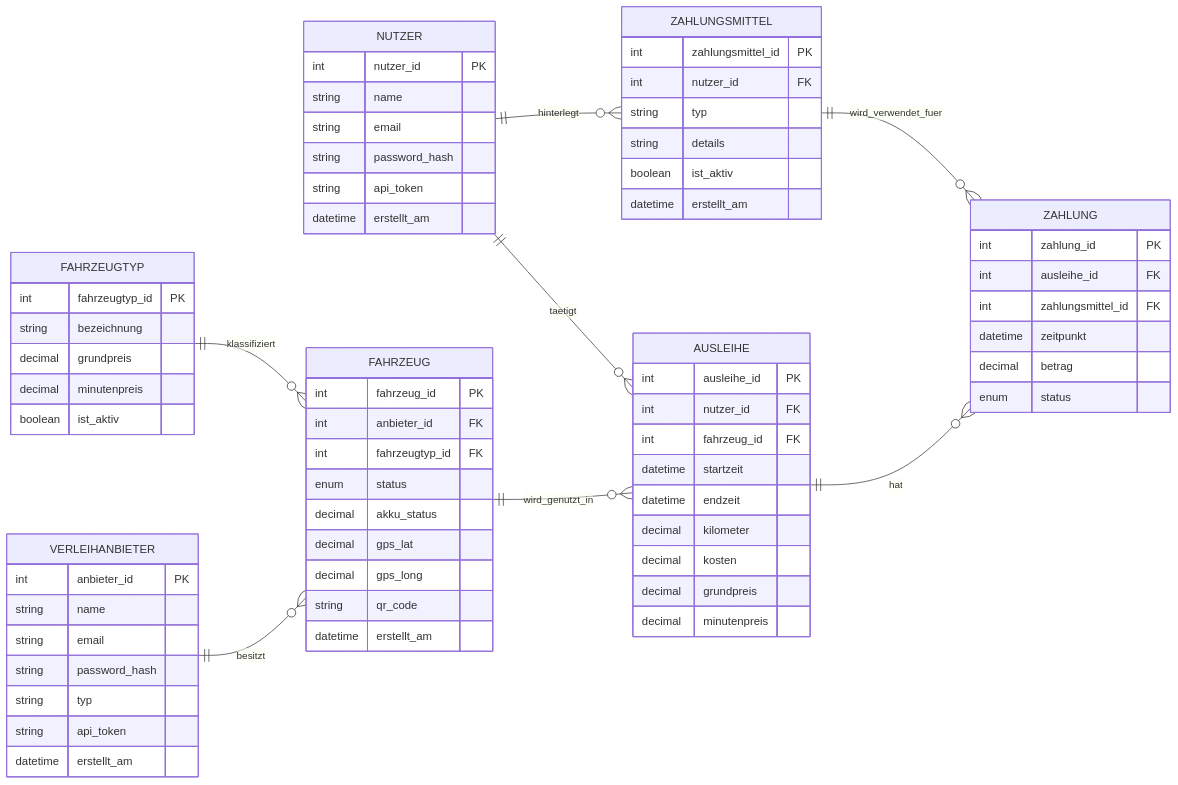
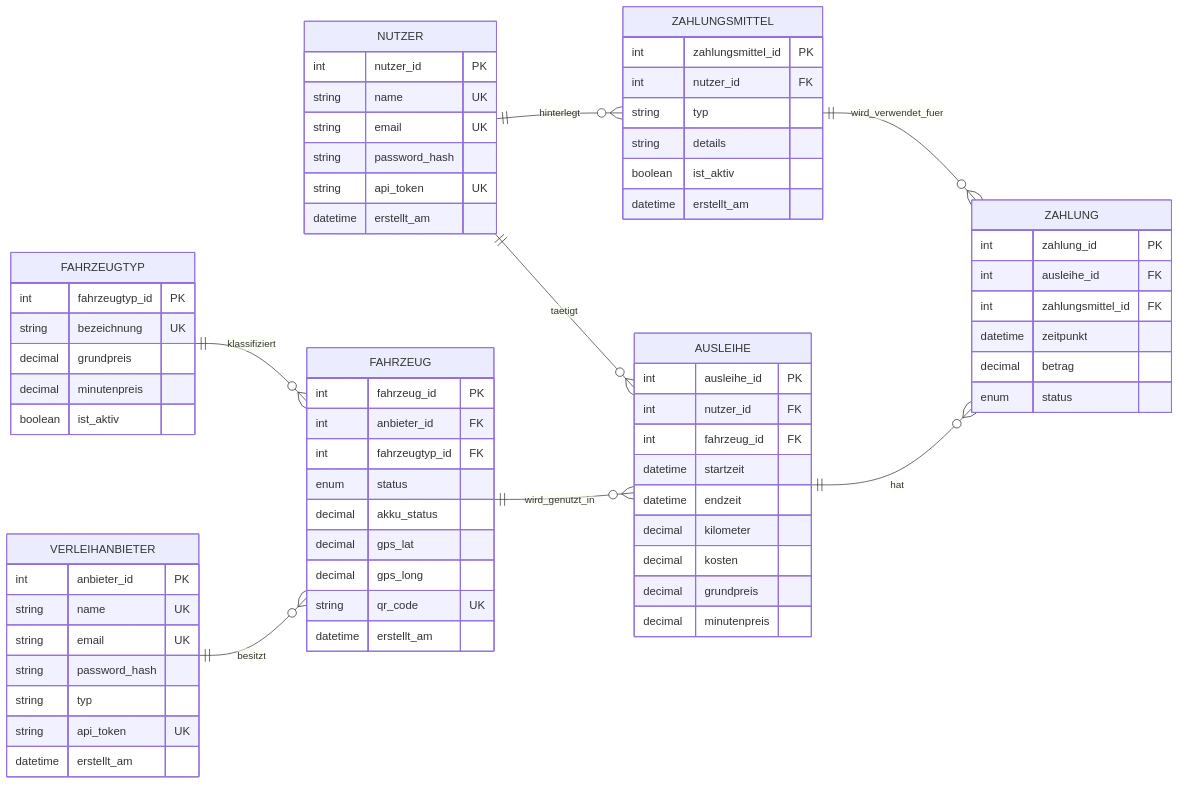
One commit to arno4000/scootcity changed the diagram in erm.mmd. Above: the diagram before and after it, drawn with Mermaid. The commit also changed 21 other files, not shown here.

```diff
--- a/erm.mmd
+++ b/erm.mmd
@@ -1,79 +1,79 @@
 erDiagram
     direction LR
 
     VERLEIHANBIETER {
         int anbieter_id PK
-        string name
-        string email
+        string name UK
+        string email UK
         string password_hash
         string typ
-        string api_token
+        string api_token UK
         datetime erstellt_am
     }
 
     NUTZER {
         int nutzer_id PK
-        string name
-        string email
+        string name UK
+        string email UK
         string password_hash
-        string api_token
+        string api_token UK
         datetime erstellt_am
     }
 
     FAHRZEUGTYP {
         int fahrzeugtyp_id PK
-        string bezeichnung
+        string bezeichnung UK
         decimal grundpreis
         decimal minutenpreis
         boolean ist_aktiv
     }
 
     FAHRZEUG {
         int fahrzeug_id PK
         int anbieter_id FK
         int fahrzeugtyp_id FK
         enum status
         decimal akku_status
         decimal gps_lat
         decimal gps_long
-        string qr_code
+        string qr_code UK
         datetime erstellt_am
     }
 
     AUSLEIHE {
         int ausleihe_id PK
         int nutzer_id FK
         int fahrzeug_id FK
         datetime startzeit
         datetime endzeit
         decimal kilometer
         decimal kosten
         decimal grundpreis
         decimal minutenpreis
     }
 
     ZAHLUNGSMITTEL {
         int zahlungsmittel_id PK
         int nutzer_id FK
         string typ
         string details
         boolean ist_aktiv
         datetime erstellt_am
     }
 
     ZAHLUNG {
         int zahlung_id PK
         int ausleihe_id FK
         int zahlungsmittel_id FK
         datetime zeitpunkt
         decimal betrag
         enum status
     }
 
     VERLEIHANBIETER ||--o{ FAHRZEUG : besitzt
     FAHRZEUGTYP ||--o{ FAHRZEUG : klassifiziert
     FAHRZEUG ||--o{ AUSLEIHE : wird_genutzt_in
     NUTZER ||--o{ AUSLEIHE : taetigt
     NUTZER ||--o{ ZAHLUNGSMITTEL : hinterlegt
     ZAHLUNGSMITTEL ||--o{ ZAHLUNG : wird_verwendet_fuer
     AUSLEIHE ||--o{ ZAHLUNG : hat
```
